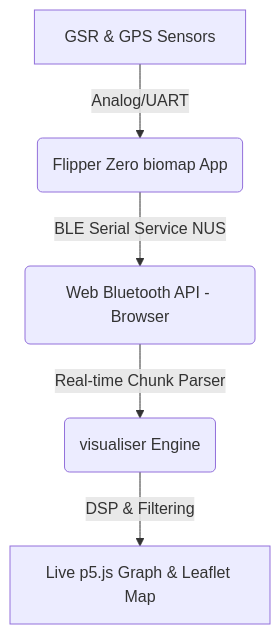
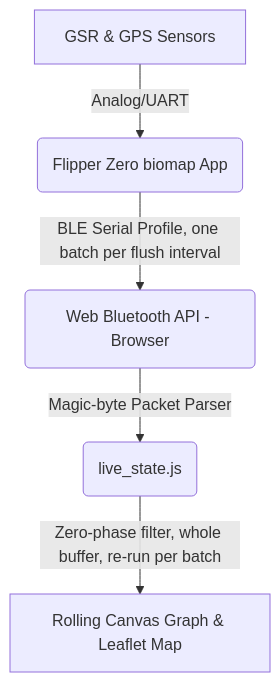
One commit to Softhook/BioMapping changed the diagram in docs/bluetooth_serial_investigation.md. Above: the diagram before and after it, drawn with Mermaid. The commit also changed other lines of this file, not shown here.

````diff
--- a/docs/bluetooth_serial_investigation.md
+++ b/docs/bluetooth_serial_investigation.md
@@ -11,7 +107,7 @@
 ```mermaid
 graph TD
     A[GSR & GPS Sensors] -->|Analog/UART| B(Flipper Zero biomap App)
-    B -->|BLE Serial Service NUS| C(Web Bluetooth API - Browser)
-    C -->|Real-time Chunk Parser| D(visualiser Engine)
-    D -->|DSP & Filtering| E[Live p5.js Graph & Leaflet Map]
+    B -->|BLE Serial Profile, one batch per flush interval| C(Web Bluetooth API - Browser)
+    C -->|Magic-byte Packet Parser| D(live_state.js)
+    D -->|Zero-phase filter, whole buffer, re-run per batch| E[Rolling Canvas Graph & Leaflet Map]
 ```
````
